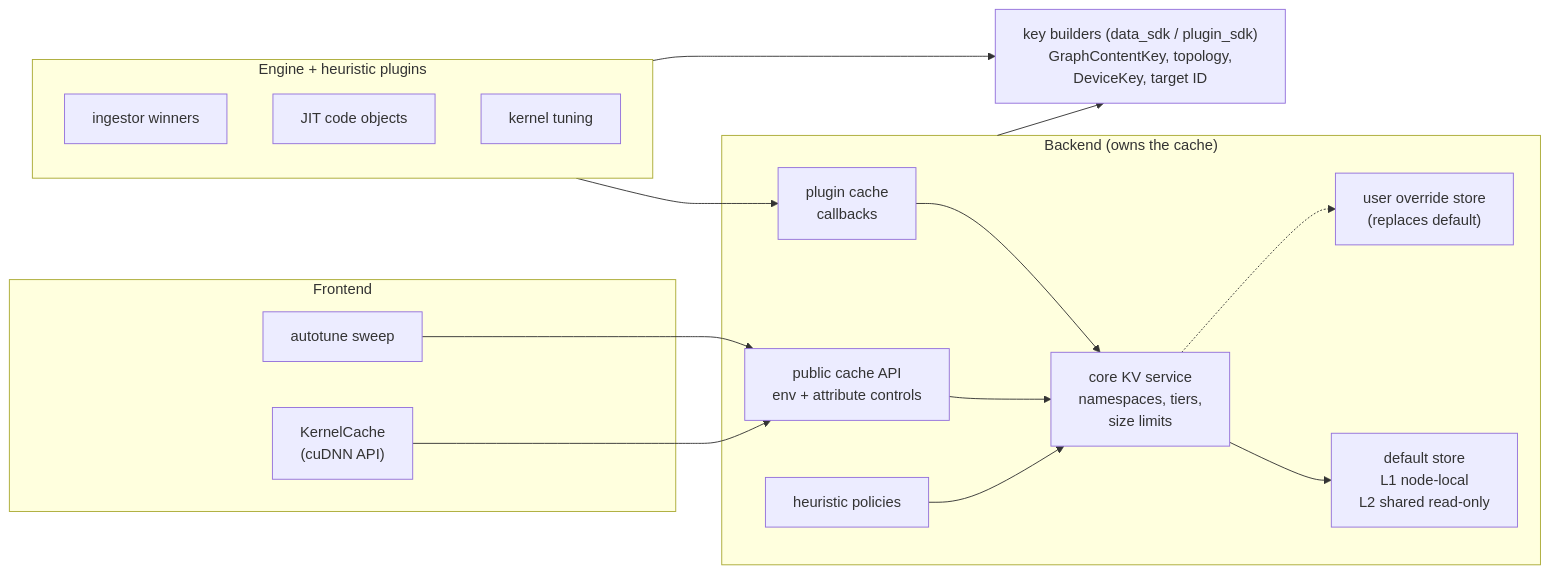
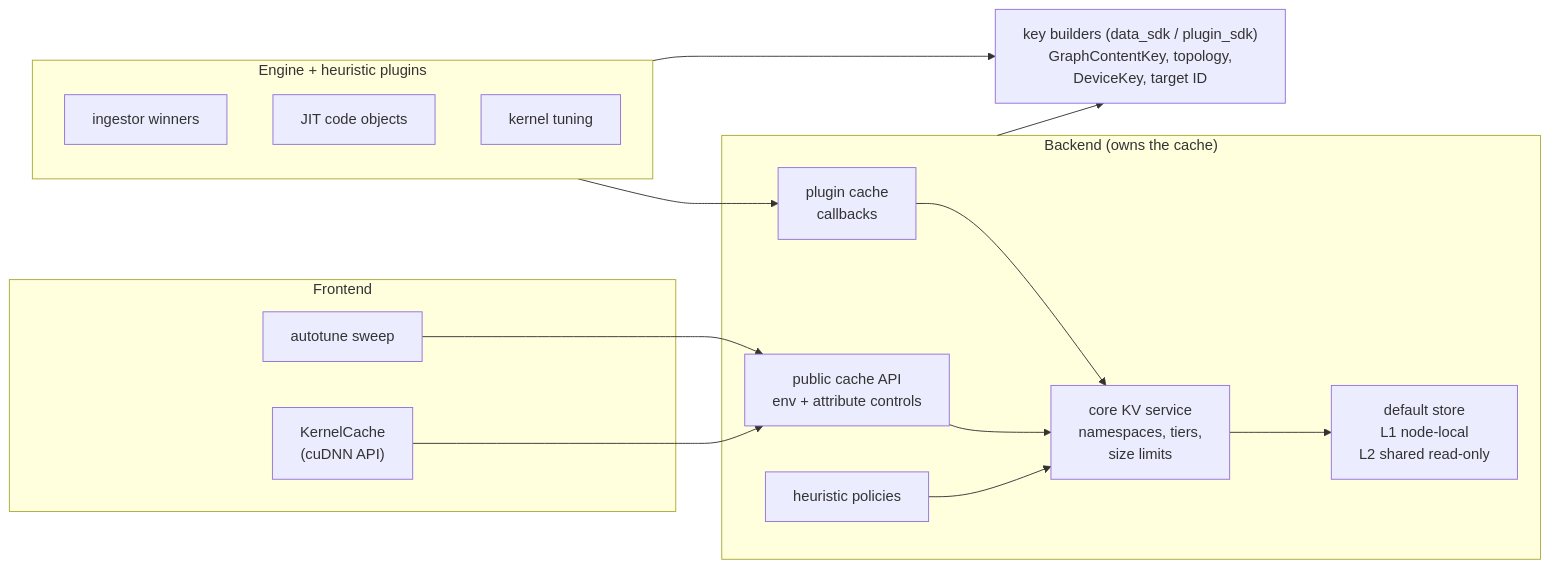
One commit to ROCm/rocm-libraries changed the first of 2 diagrams in projects/hipdnn/docs/rfcs/0026_CacheService.md. Above: the diagram before and after it, drawn with Mermaid. The commit also changed other lines of this file, not shown here.

First line of the commit message:
docs(hipdnn): RFC 0026: drop the user override store

````diff
--- a/projects/hipdnn/docs/rfcs/0026_CacheService.md
+++ b/projects/hipdnn/docs/rfcs/0026_CacheService.md
@@ -138,32 +138,30 @@
 ```mermaid
 %%{init: {"flowchart": {"htmlLabels": false, "wrappingWidth": 400}}}%%
 flowchart LR
     subgraph FE["Frontend"]
         AT["autotune sweep"]
         KC["KernelCache<br/>(cuDNN API)"]
     end
     subgraph PL["Engine + heuristic plugins"]
         P1["ingestor winners"]
         P2["JIT code objects"]
         P3["kernel tuning"]
     end
     subgraph BE["Backend (owns the cache)"]
         API["public cache API<br/>env + attribute controls"]
         CB["plugin cache<br/>callbacks"]
         HEUR["heuristic policies"]
         CORE["core KV service<br/>namespaces, tiers,<br/>size limits"]
         STORE["default store<br/>L1 node-local<br/>L2 shared read-only"]
-        HOOK["user override store<br/>(replaces default)"]
     end
     KEYS["key builders (data_sdk / plugin_sdk)<br/>GraphContentKey, topology,<br/>DeviceKey, target ID"]
     AT --> API
     KC --> API
     PL --> CB
     API --> CORE
     CB --> CORE
     HEUR --> CORE
     CORE --> STORE
-    CORE -.-> HOOK
     PL --> KEYS
     BE --> KEYS
 ```
````
